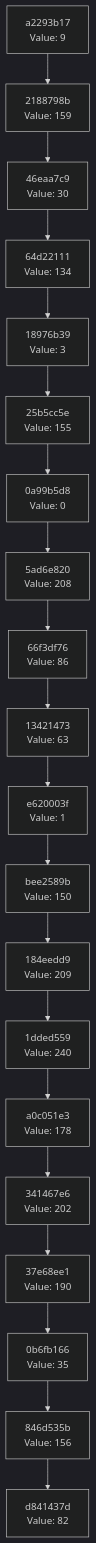
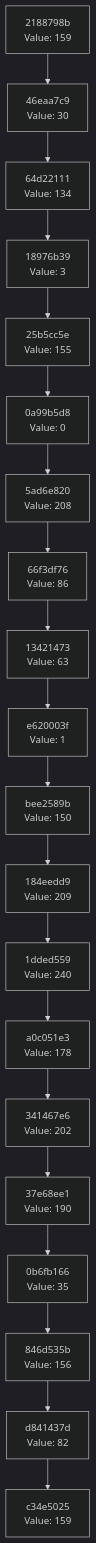
One commit to Abhisheksinha1506/hash-chain-evolver changed the diagram in docs/CHAIN_VISUALIZATION.md. Above: the diagram before and after it, drawn with Mermaid (dark theme). The commit also changed 2 other files, not shown here.

Commit message:
Evolution Step

````diff
--- a/docs/CHAIN_VISUALIZATION.md
+++ b/docs/CHAIN_VISUALIZATION.md
@@ -3,42 +3,42 @@
 ```mermaid
 graph TD
-    C0["d841437d<br/>Value: 82"]
-    C1["846d535b<br/>Value: 156"]
+    C0["c34e5025<br/>Value: 159"]
+    C1["d841437d<br/>Value: 82"]
     C1 --> C0
-    C2["0b6fb166<br/>Value: 35"]
+    C2["846d535b<br/>Value: 156"]
     C2 --> C1
-    C3["37e68ee1<br/>Value: 190"]
+    C3["0b6fb166<br/>Value: 35"]
     C3 --> C2
-    C4["341467e6<br/>Value: 202"]
+    C4["37e68ee1<br/>Value: 190"]
     C4 --> C3
-    C5["a0c051e3<br/>Value: 178"]
+    C5["341467e6<br/>Value: 202"]
     C5 --> C4
-    C6["1dded559<br/>Value: 240"]
+    C6["a0c051e3<br/>Value: 178"]
     C6 --> C5
-    C7["184eedd9<br/>Value: 209"]
+    C7["1dded559<br/>Value: 240"]
     C7 --> C6
-    C8["bee2589b<br/>Value: 150"]
+    C8["184eedd9<br/>Value: 209"]
     C8 --> C7
-    C9["e620003f<br/>Value: 1"]
+    C9["bee2589b<br/>Value: 150"]
     C9 --> C8
-    C10["13421473<br/>Value: 63"]
+    C10["e620003f<br/>Value: 1"]
     C10 --> C9
-    C11["66f3df76<br/>Value: 86"]
+    C11["13421473<br/>Value: 63"]
     C11 --> C10
-    C12["5ad6e820<br/>Value: 208"]
+    C12["66f3df76<br/>Value: 86"]
     C12 --> C11
-    C13["0a99b5d8<br/>Value: 0"]
+    C13["5ad6e820<br/>Value: 208"]
     C13 --> C12
-    C14["25b5cc5e<br/>Value: 155"]
+    C14["0a99b5d8<br/>Value: 0"]
     C14 --> C13
-    C15["18976b39<br/>Value: 3"]
+    C15["25b5cc5e<br/>Value: 155"]
     C15 --> C14
-    C16["64d22111<br/>Value: 134"]
+    C16["18976b39<br/>Value: 3"]
     C16 --> C15
-    C17["46eaa7c9<br/>Value: 30"]
+    C17["64d22111<br/>Value: 134"]
     C17 --> C16
-    C18["2188798b<br/>Value: 159"]
+    C18["46eaa7c9<br/>Value: 30"]
     C18 --> C17
-    C19["a2293b17<br/>Value: 9"]
+    C19["2188798b<br/>Value: 159"]
     C19 --> C18
 ```
````
